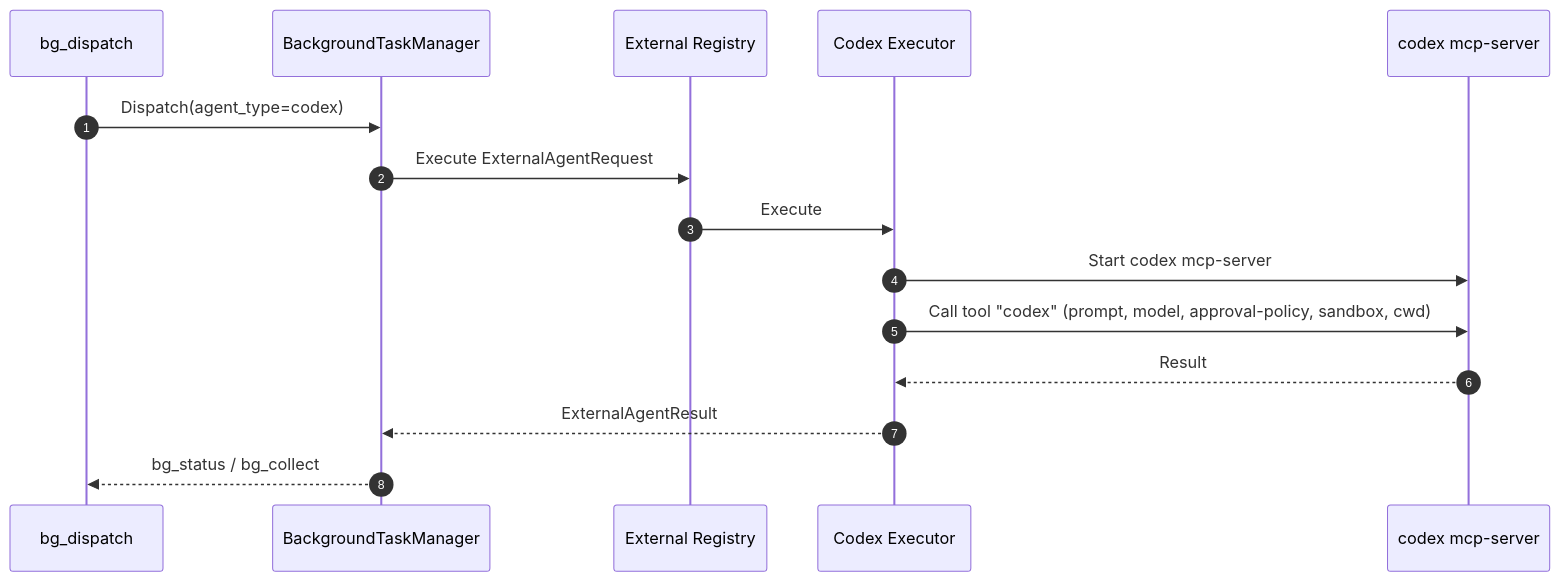
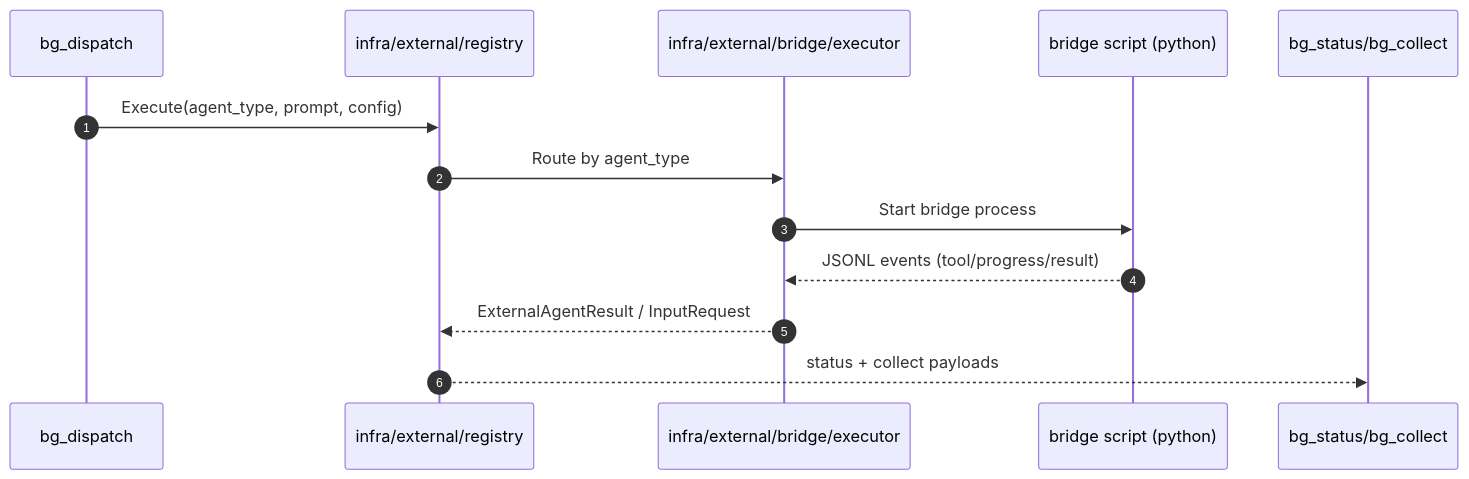
One commit to cklxx/elephant.ai changed the diagram in docs/reference/external-agents-codex-claude-code.md. Above: the diagram before and after it, drawn with Mermaid. The commit also changed other lines of this file and 10 other files, not shown here.

Commit message:
docs(reference): refresh architecture and runtime source-of-truth

````diff
--- a/docs/reference/external-agents-codex-claude-code.md
+++ b/docs/reference/external-agents-codex-claude-code.md
@@ -76,18 +58,16 @@
 ```mermaid
 sequenceDiagram
   autonumber
-  participant Tool as bg_dispatch
-  participant Mgr as BackgroundTaskManager
-  participant Reg as External Registry
-  participant Codex as Codex Executor
-  participant MCP as codex mcp-server
+  participant T as bg_dispatch
+  participant R as infra/external/registry
+  participant B as infra/external/bridge/executor
+  participant P as bridge script (python)
+  participant M as bg_status/bg_collect
 
-  Tool->>Mgr: Dispatch(agent_type=codex)
-  Mgr->>Reg: Execute ExternalAgentRequest
-  Reg->>Codex: Execute
-  Codex->>MCP: Start codex mcp-server
-  Codex->>MCP: Call tool "codex" (prompt, model, approval-policy, sandbox, cwd)
-  MCP-->>Codex: Result
-  Codex-->>Mgr: ExternalAgentResult
-  Mgr-->>Tool: bg_status / bg_collect
+  T->>R: Execute(agent_type, prompt, config)
+  R->>B: Route by agent_type
+  B->>P: Start bridge process
+  P-->>B: JSONL events (tool/progress/result)
+  B-->>R: ExternalAgentResult / InputRequest
+  R-->>M: status + collect payloads
 ```
````
